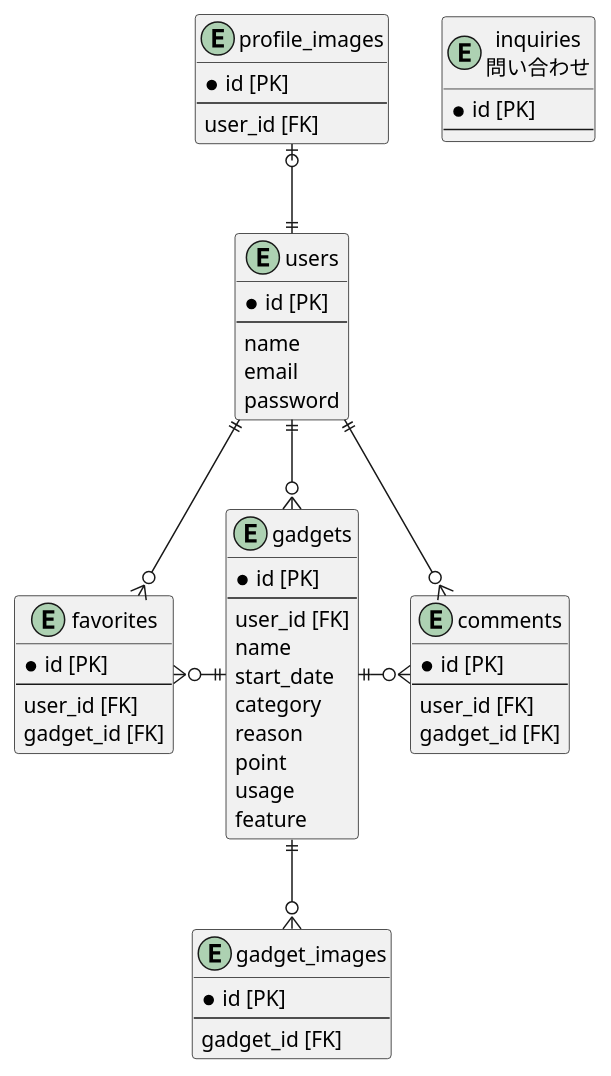
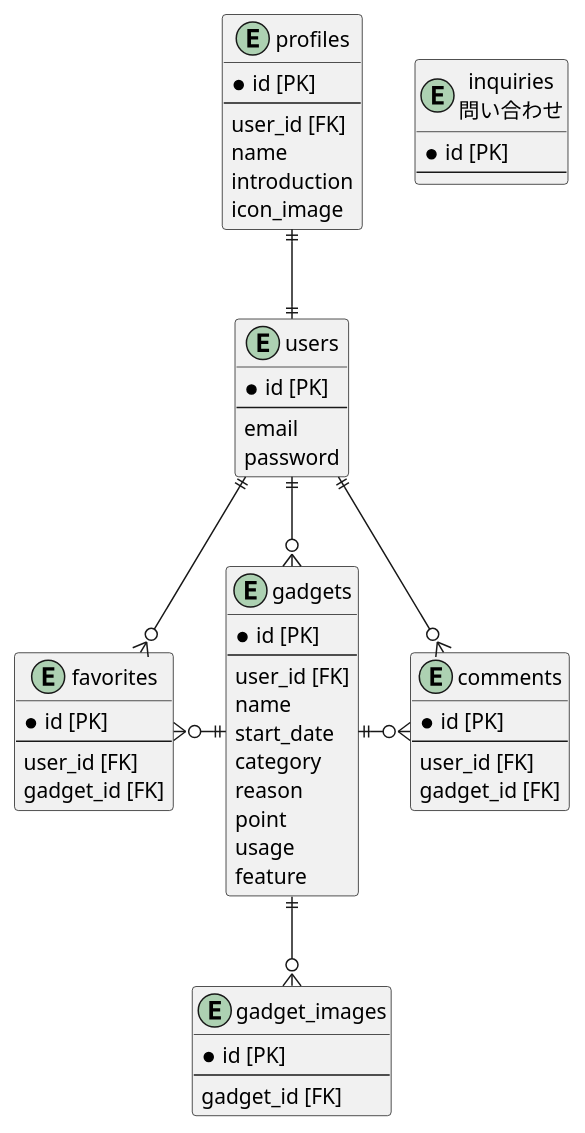
The diagram in erd.pu (darutani/Portfolio-OshiGadge), drawn with PlantUML before and after one commit.

Commit message:
update: profilesテーブルを追加 #11
・usersテーブルからnameを削除
・icon_imageテーブルを削除し、icon_imageカラムをprofilesテーブルへ追加
・usersとprofilesテーブルを１対１の関係に修正

```diff
--- a/erd.pu
+++ b/erd.pu
@@ -1,63 +1,65 @@
 @startuml OshiGadge
 
 entity users {
   *id [PK]
   --
-  name
   email
   password
+}
+
+entity profiles {
+  *id [PK]
+  --
+  user_id [FK]
+  name
+  introduction
+  icon_image
 }
 
 entity gadgets {
   *id [PK]
   --
   user_id [FK]
   name
   start_date
   category
   reason
   point
   usage
   feature
 }
 
 entity favorites {
   *id [PK]
   --
   user_id [FK]
   gadget_id [FK]
 }
 
 entity comments {
   *id [PK]
   --
   user_id [FK]
   gadget_id [FK]
 }
 
 entity inquiries as "inquiries\n問い合わせ" {
   *id [PK]
   --
 }
 
-entity profile_images {
-  *id [PK]
-  --
-  user_id [FK]
-}
-
 entity gadget_images {
   *id [PK]
   --
   gadget_id [FK]
 }
 
 users ||--o{ gadgets
-users ||-u-o| profile_images
+users ||-u-|| profiles
 users ||--o{ comments
 users ||--o{ favorites
 gadgets ||-r-o{ comments
 gadgets ||-d-o{ gadget_images
 gadgets ||-l-o{ favorites
 
 @enduml
```
